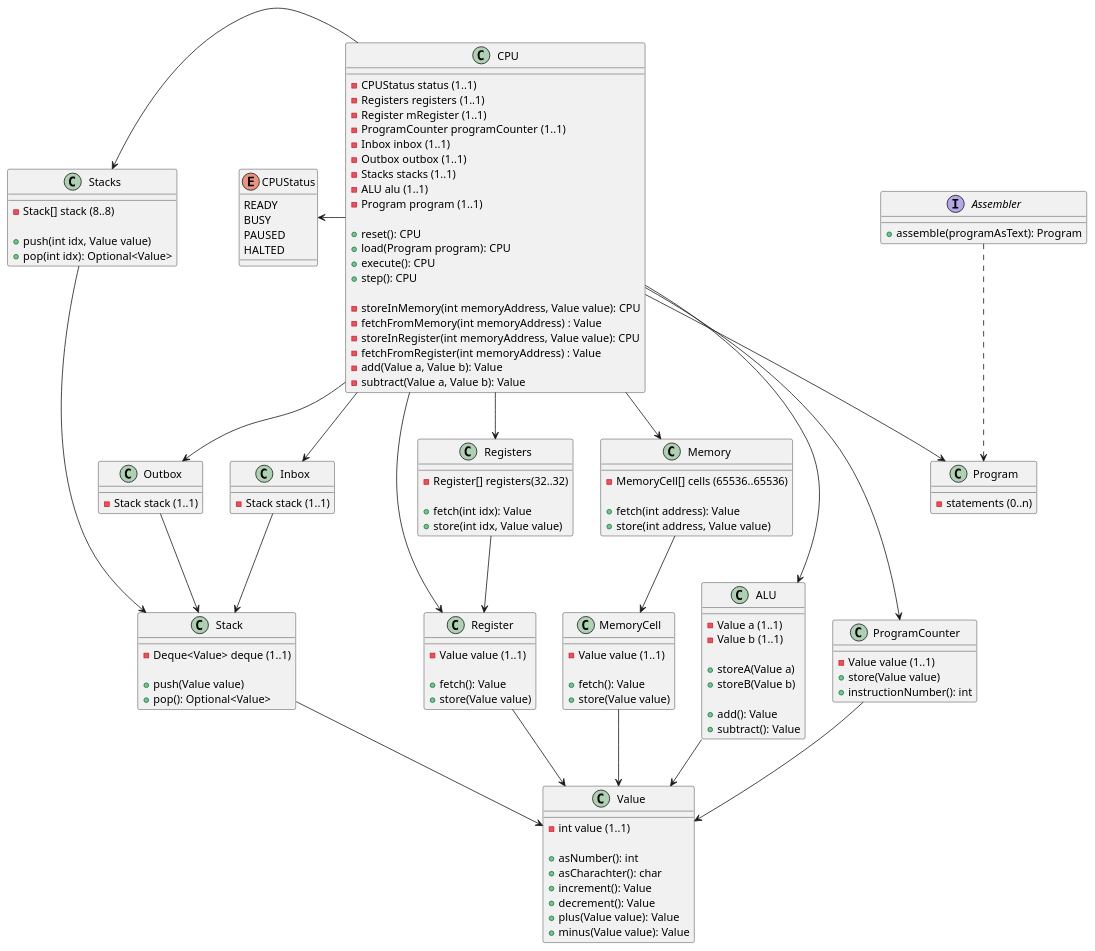
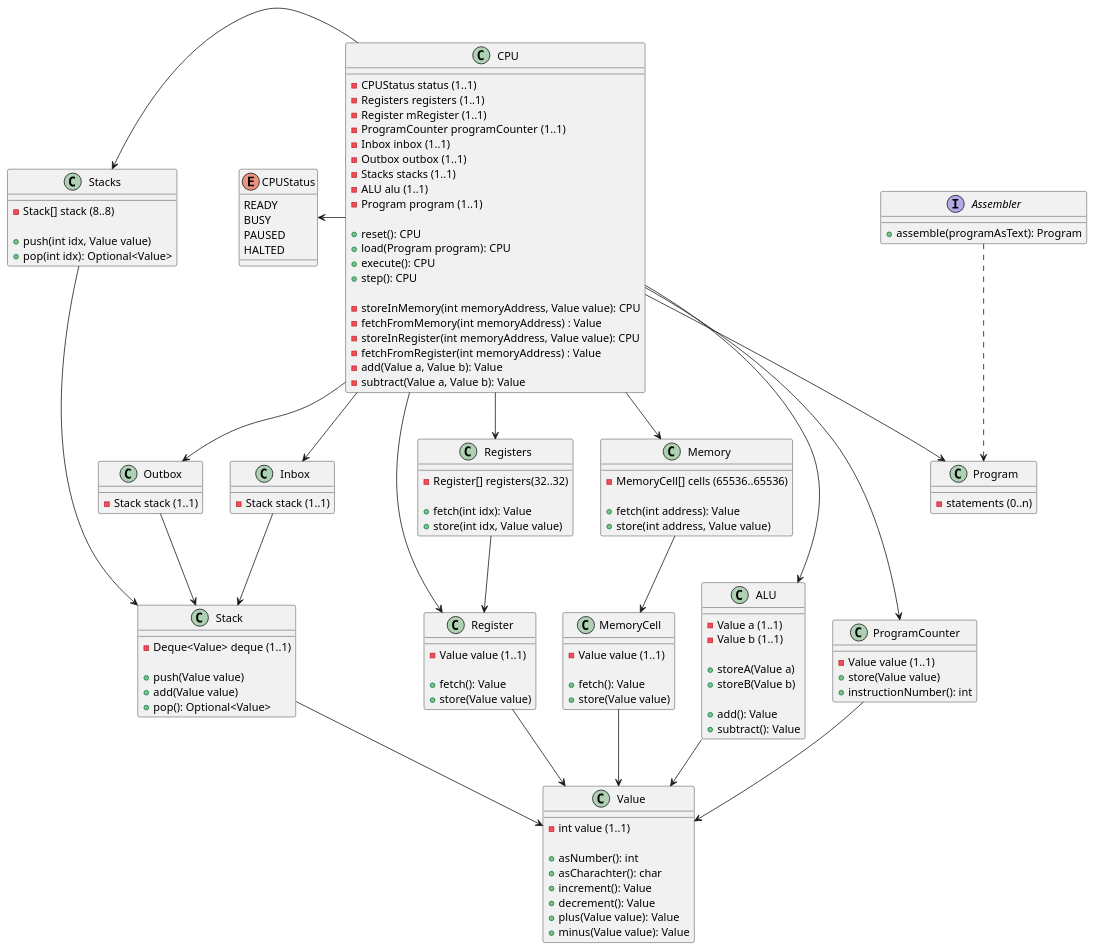
The diagram in docs/ClassDiagramCPU.puml (TristanoSuriani/HRM-assembly), drawn with PlantUML before and after one commit. The commit also changed 4 other files, not shown here.

```diff
--- a/docs/ClassDiagramCPU.puml
+++ b/docs/ClassDiagramCPU.puml
@@ -1,143 +1,144 @@
 @startuml
 
 class Register {
   -Value value (1..1)
 
   +fetch(): Value
   +store(Value value)
 }
 
 class ProgramCounter {
   -Value value (1..1)
   +store(Value value)
   +instructionNumber(): int
 }
 
 class Registers {
   -Register[] registers(32..32)
 
   +fetch(int idx): Value
   +store(int idx, Value value)
 }
 
 class Inbox {
   -Stack stack (1..1)
 }
 
 class Stacks {
   -Stack[] stack (8..8)
 
   +push(int idx, Value value)
   +pop(int idx): Optional<Value>
 }
 
 class Stack {
   -Deque<Value> deque (1..1)
 
   +push(Value value)
+  +add(Value value)
   +pop(): Optional<Value>
 }
 
 class Outbox
 {
   -Stack stack (1..1)
 }
 
 class ALU {
   -Value a (1..1)
   -Value b (1..1)
 
   +storeA(Value a)
   +storeB(Value b)
 
   +add(): Value
   +subtract(): Value
 }
 
 class Memory {
   -MemoryCell[] cells (65536..65536)
 
   +fetch(int address): Value
   +store(int address, Value value)
 }
 
 class MemoryCell {
  -Value value (1..1)
 
  +fetch(): Value
  +store(Value value)
 }
 
 class Value {
   -int value (1..1)
 
   +asNumber(): int
   +asCharachter(): char
   +increment(): Value
   +decrement(): Value
   +plus(Value value): Value
   +minus(Value value): Value
 }
 
 class CPU {
   -CPUStatus status (1..1)
   -Registers registers (1..1)
   -Register mRegister (1..1)
   -ProgramCounter programCounter (1..1)
   -Inbox inbox (1..1)
   -Outbox outbox (1..1)
   -Stacks stacks (1..1)
   -ALU alu (1..1)
   -Program program (1..1)
 
   +reset(): CPU
   +load(Program program): CPU
   +execute(): CPU
   +step(): CPU
 
   -storeInMemory(int memoryAddress, Value value): CPU
   -fetchFromMemory(int memoryAddress) : Value
   -storeInRegister(int memoryAddress, Value value): CPU
   -fetchFromRegister(int memoryAddress) : Value
   -add(Value a, Value b): Value
   -subtract(Value a, Value b): Value
 }
 
 enum CPUStatus {
   READY
   BUSY
   PAUSED
   HALTED
 }
 
 class Program {
   -statements (0..n)
 }
 
 interface Assembler {
   +assemble(programAsText): Program
 }
 
 CPU -down-> Registers
 CPU -down-> Register
 CPU -down-> Inbox
 CPU -down-> Outbox
 CPU -right-> ALU
 CPU -down-> Memory
 CPU -left-> Stacks
 CPU -down-> Program
 CPU -down-> ProgramCounter
 CPU -left-> CPUStatus
 Memory -down-> MemoryCell
 Registers -down-> Register
 MemoryCell -down-> Value
 Register -down-> Value
 Inbox -down-> Stack
 Outbox -down-> Stack
 Stacks -down-> Stack
 Stack -down-> Value
 ALU -down-> Value
 Assembler .down.> Program
 ProgramCounter -down-> Value
 
 @enduml
```
